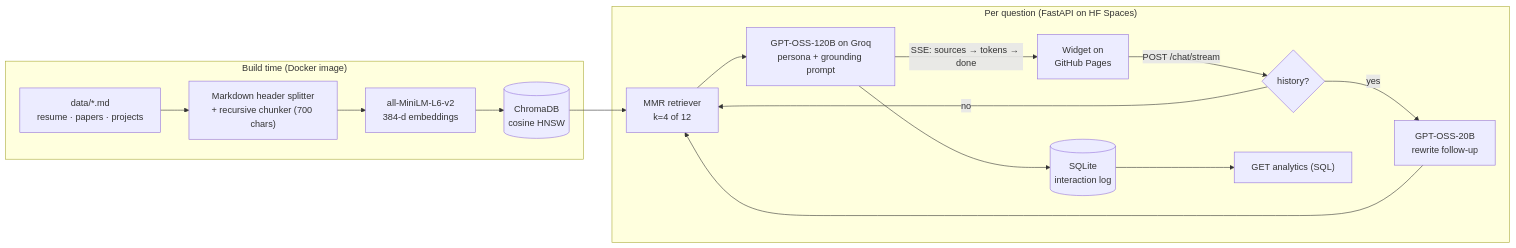
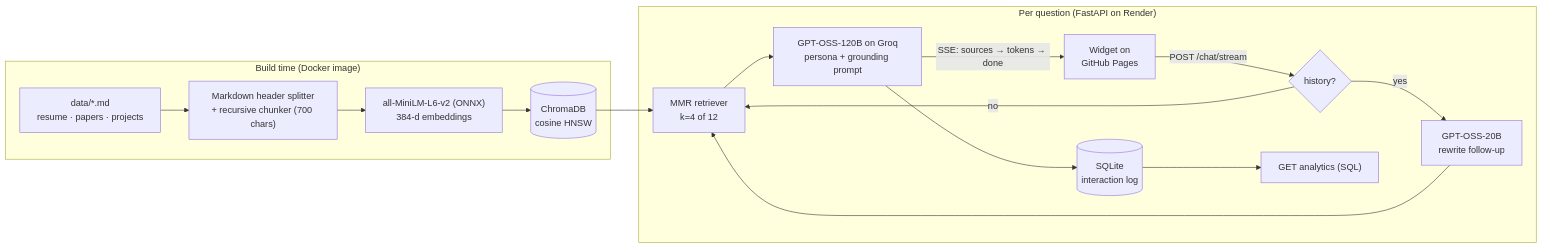
One commit to Saurav2021/ask-saurav changed the diagram in README.md. Above: the diagram before and after it, drawn with Mermaid. The commit also changed other lines of this file and 15 other files, not shown here.

First line of the commit message:
Move hosting to Render free tier; run MiniLM via fastembed (ONNX, no PyTorch)

````diff
--- a/README.md
+++ b/README.md
@@ -38,20 +38,20 @@
 ```mermaid
 flowchart LR
     subgraph Offline["Build time (Docker image)"]
         MD["data/*.md<br/>resume · papers · projects"] --> SPLIT["Markdown header splitter<br/>+ recursive chunker (700 chars)"]
-        SPLIT --> EMB1["all-MiniLM-L6-v2<br/>384-d embeddings"]
+        SPLIT --> EMB1["all-MiniLM-L6-v2 (ONNX)<br/>384-d embeddings"]
         EMB1 --> DB[("ChromaDB<br/>cosine HNSW")]
     end
 
-    subgraph Online["Per question (FastAPI on HF Spaces)"]
+    subgraph Online["Per question (FastAPI on Render)"]
         U["Widget on<br/>GitHub Pages"] -- "POST /chat/stream" --> RW{"history?"}
         RW -- yes --> CQ["GPT-OSS-20B<br/>rewrite follow-up"]
         RW -- no --> RET
         CQ --> RET["MMR retriever<br/>k=4 of 12"]
         DB --> RET
         RET --> LLM["GPT-OSS-120B on Groq<br/>persona + grounding prompt"]
         LLM -- "SSE: sources → tokens → done" --> U
         LLM --> LOG[("SQLite<br/>interaction log")]
         LOG --> AN["GET analytics (SQL)"]
     end
 ```
````
